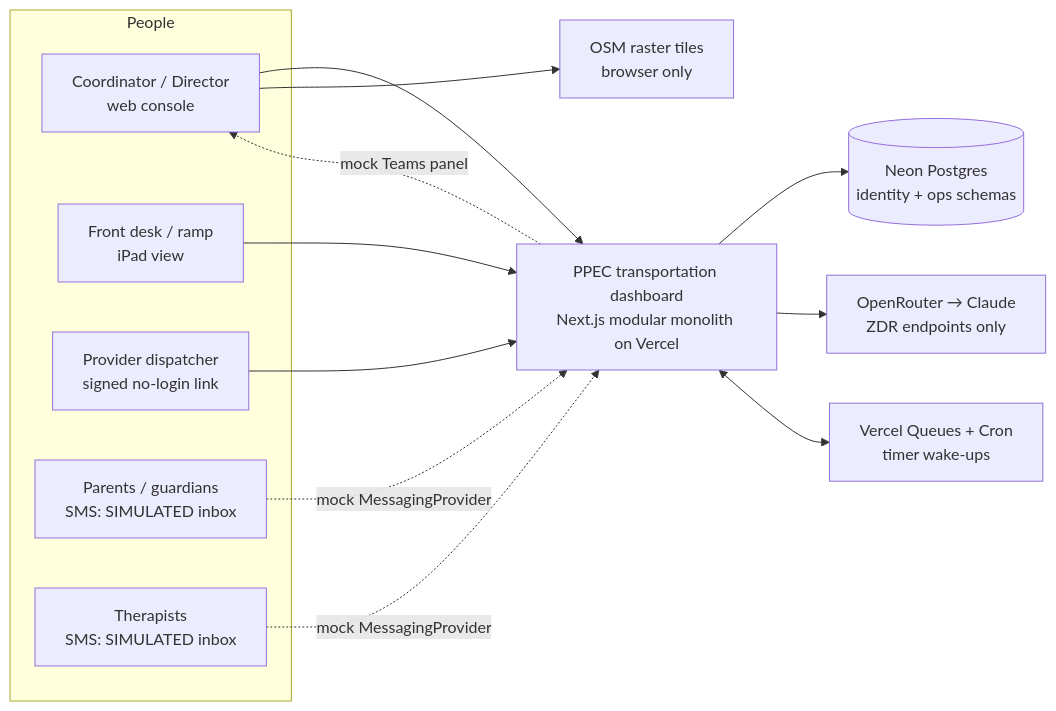
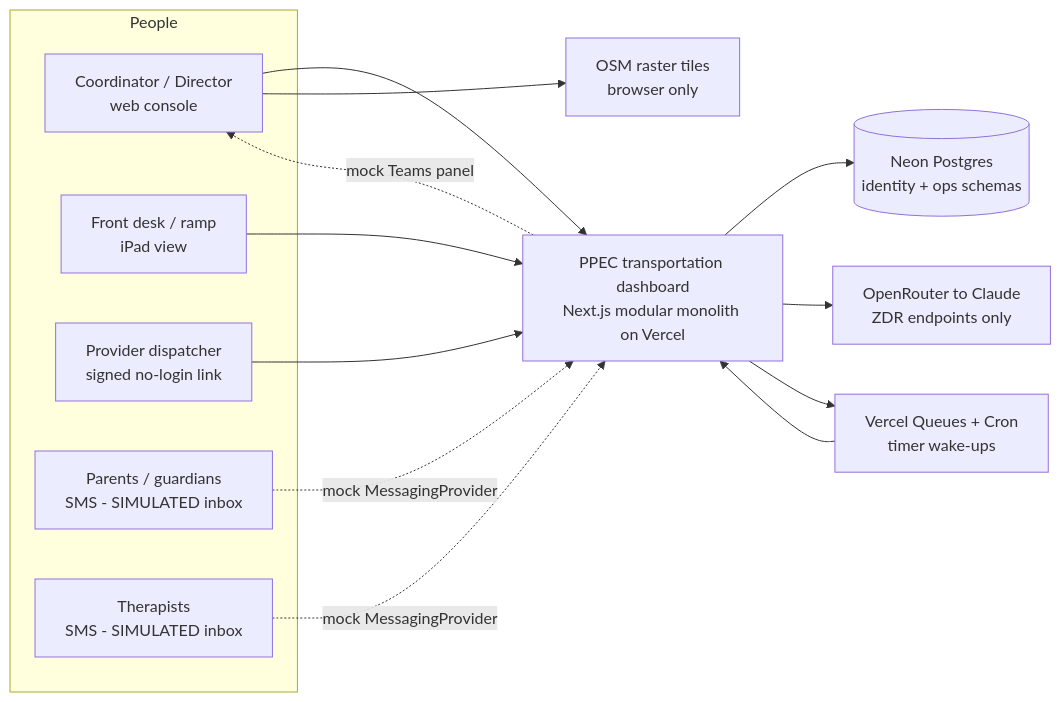
The first of 5 diagrams in docs/ARCHITECTURE.md (firia-ai-agent/ppec-transportation-dashboard), drawn with Mermaid before and after one commit. The commit also changed other lines of this file, not shown here.

Commit message:
docs: fix 5 mermaid diagrams in ARCHITECTURE.md (validated with mermaid-cli 12.0.0)

````diff
--- a/docs/ARCHITECTURE.md
+++ b/docs/ARCHITECTURE.md
@@ -30,20 +30,26 @@
 ```mermaid
 flowchart LR
   subgraph People
-    COORD[Coordinator / Director<br/>web console]
-    RAMP[Front desk / ramp<br/>iPad view]
-    DISP[Provider dispatcher<br/>signed no-login link]
-    FAM[Parents / guardians<br/>SMS: SIMULATED inbox]
-    THER[Therapists<br/>SMS: SIMULATED inbox]
+    COORD["Coordinator / Director<br/>web console"]
+    RAMP["Front desk / ramp<br/>iPad view"]
+    DISP["Provider dispatcher<br/>signed no-login link"]
+    FAM["Parents / guardians<br/>SMS - SIMULATED inbox"]
+    THER["Therapists<br/>SMS - SIMULATED inbox"]
   end
-  APP[PPEC transportation dashboard<br/>Next.js modular monolith on Vercel]
-  DB[(Neon Postgres<br/>identity + ops schemas)]
-  LLM[OpenRouter → Claude<br/>ZDR endpoints only]
-  Q[Vercel Queues + Cron<br/>timer wake-ups]
-  MAP[OSM raster tiles<br/>browser only]
-  COORD --> APP; RAMP --> APP; DISP --> APP
-  FAM -. mock MessagingProvider .-> APP
-  THER -. mock MessagingProvider .-> APP
-  APP -. mock Teams panel .-> COORD
-  APP --> DB; APP --> LLM; APP <--> Q; COORD --> MAP
+  APP["PPEC transportation dashboard<br/>Next.js modular monolith on Vercel"]
+  DB[("Neon Postgres<br/>identity + ops schemas")]
+  LLM["OpenRouter to Claude<br/>ZDR endpoints only"]
+  Q["Vercel Queues + Cron<br/>timer wake-ups"]
+  MAP["OSM raster tiles<br/>browser only"]
+  COORD --> APP
+  RAMP --> APP
+  DISP --> APP
+  FAM -.->|mock MessagingProvider| APP
+  THER -.->|mock MessagingProvider| APP
+  APP -.->|mock Teams panel| COORD
+  APP --> DB
+  APP --> LLM
+  APP --> Q
+  Q --> APP
+  COORD --> MAP
 ```
````
